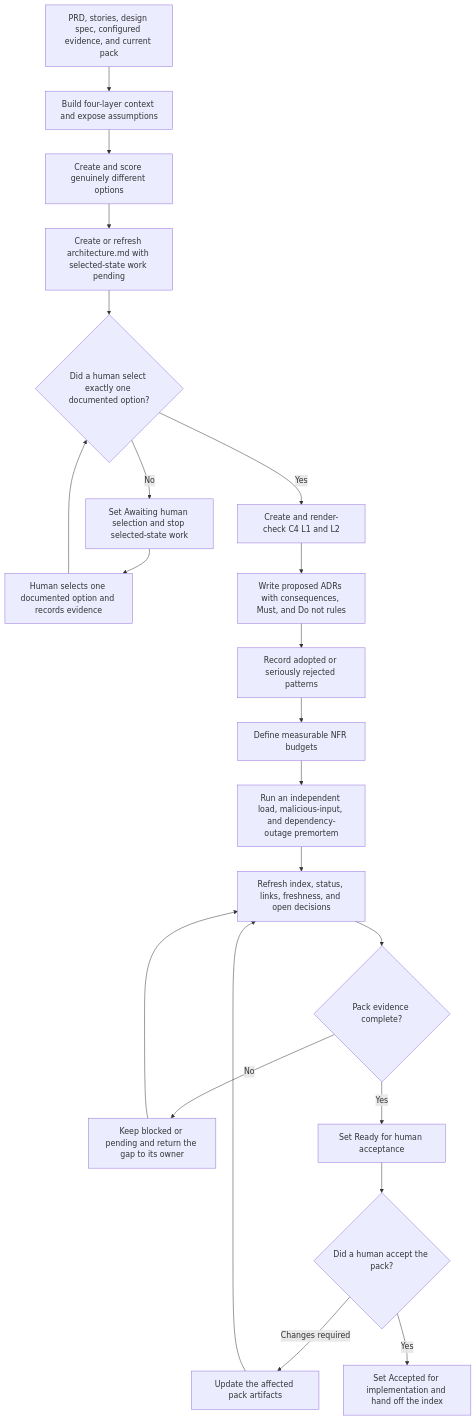
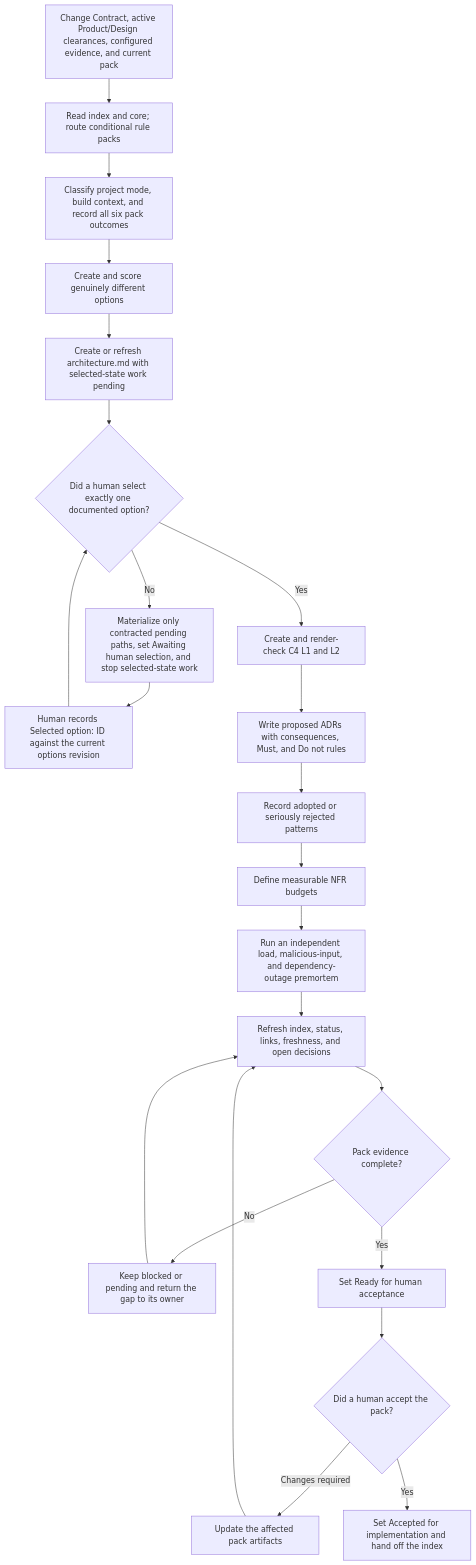
Before and after one commit to davych/agents-instruction: the diagram in guidelines/roles/architect/README.md, drawn with Mermaid. The commit also changed other lines of this file and 87 other files, not shown here.

Commit message:
Add change-aware SDLC routing and architecture rules (#2)

````diff
--- a/guidelines/roles/architect/README.md
+++ b/guidelines/roles/architect/README.md
@@ -81,24 +125,25 @@
 ```mermaid
 flowchart TD
-  Inputs["PRD, stories, design spec, configured evidence, and current pack"] --> Context["Build four-layer context and expose assumptions"]
+  Inputs["Change Contract, active Product/Design clearances, configured evidence, and current pack"] --> Rules["Read index and core; route conditional rule packs"]
+  Rules --> Context["Classify project mode, build context, and record all six pack outcomes"]
   Context --> Options["Create and score genuinely different options"]
   Options --> Index["Create or refresh architecture.md with selected-state work pending"]
   Index --> Selection{"Did a human select exactly one documented option?"}
-  Selection -->|"No"| Wait["Set Awaiting human selection and stop selected-state work"]
-  Wait --> HumanSelection["Human selects one documented option and records evidence"]
+  Selection -->|"No"| Wait["Materialize only contracted pending paths, set Awaiting human selection, and stop selected-state work"]
+  Wait --> HumanSelection["Human records Selected option: ID against the current options revision"]
   HumanSelection --> Selection
   Selection -->|"Yes"| C4["Create and render-check C4 L1 and L2"]
   C4 --> ADR["Write proposed ADRs with consequences, Must, and Do not rules"]
   ADR --> Patterns["Record adopted or seriously rejected patterns"]
   Patterns --> NFR["Define measurable NFR budgets"]
   NFR --> Premortem["Run an independent load, malicious-input, and dependency-outage premortem"]
   Premortem --> Refresh["Refresh index, status, links, freshness, and open decisions"]
   Refresh --> Complete{"Pack evidence complete?"}
   Complete -->|"No"| Block["Keep blocked or pending and return the gap to its owner"]
   Block --> Refresh
   Complete -->|"Yes"| Ready["Set Ready for human acceptance"]
   Ready --> Acceptance{"Did a human accept the pack?"}
   Acceptance -->|"Changes required"| Update["Update the affected pack artifacts"]
   Update --> Refresh
   Acceptance -->|"Yes"| Handoff["Set Accepted for implementation and hand off the index"]
 ```
````
